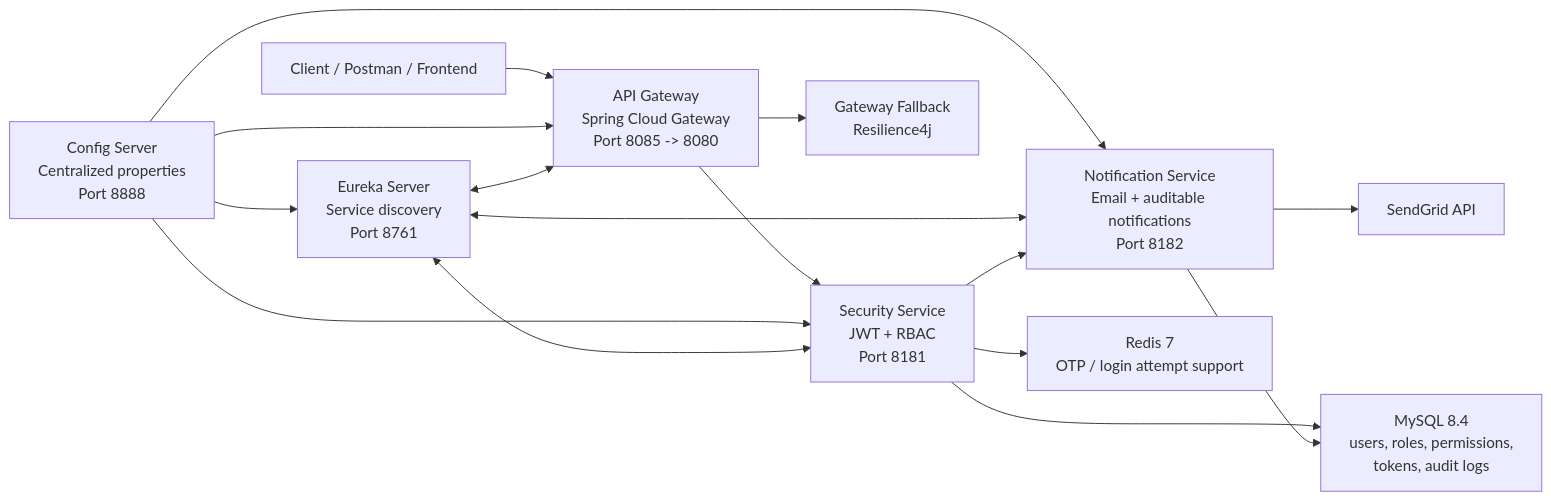
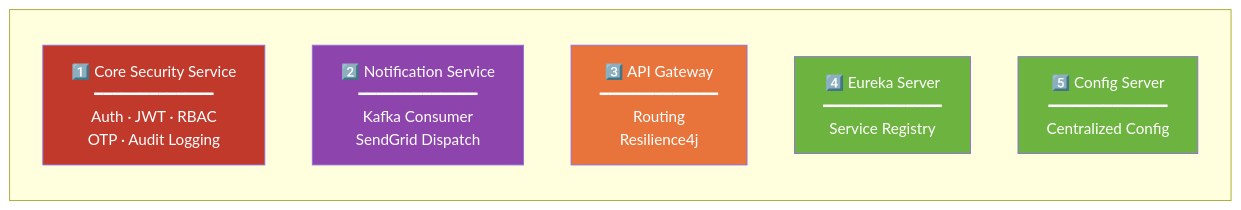
The fifth of 6 diagrams in README.md (amarenderreddyvoladri/production-prototype-security-template), drawn with Mermaid before and after one commit. The commit also changed other lines of this file, not shown here.

````diff
--- a/README.md
+++ b/README.md
@@ -42,21 +260,17 @@
 ```mermaid
-flowchart LR
-    Client["Client / Postman / Frontend"] --> Gateway["API Gateway<br/>Spring Cloud Gateway<br/>Port 8085 -> 8080"]
-    Gateway --> Security["Security Service<br/>JWT + RBAC<br/>Port 8181"]
-    Gateway --> Fallback["Gateway Fallback<br/>Resilience4j"]
+graph LR
+    subgraph " "
+        direction TB
+        S1["1️⃣ Core Security Service<br/>━━━━━━━━━━━━━<br/>Auth · JWT · RBAC<br/>OTP · Audit Logging"]
+        S2["2️⃣ Notification Service<br/>━━━━━━━━━━━━━<br/>Kafka Consumer<br/>SendGrid Dispatch"]
+        S3["3️⃣ API Gateway<br/>━━━━━━━━━━━━━<br/>Routing<br/>Resilience4j"]
+        S4["4️⃣ Eureka Server<br/>━━━━━━━━━━━━━<br/>Service Registry"]
+        S5["5️⃣ Config Server<br/>━━━━━━━━━━━━━<br/>Centralized Config"]
+    end
 
-    Config["Config Server<br/>Centralized properties<br/>Port 8888"] --> Gateway
-    Config --> Security
-    Config --> Notify["Notification Service<br/>Email + auditable notifications<br/>Port 8182"]
-    Config --> Eureka["Eureka Server<br/>Service discovery<br/>Port 8761"]
-
-    Eureka <--> Gateway
-    Eureka <--> Security
-    Eureka <--> Notify
-
-    Security --> MySQL["MySQL 8.4<br/>users, roles, permissions,<br/>tokens, audit logs"]
-    Notify --> MySQL
-    Security --> Redis["Redis 7<br/>OTP / login attempt support"]
-    Security --> Notify
-    Notify --> SendGrid["SendGrid API"]
+    style S1 fill:#C0392B,color:#fff
+    style S2 fill:#8E44AD,color:#fff
+    style S3 fill:#E8743B,color:#fff
+    style S4 fill:#6DB33F,color:#fff
+    style S5 fill:#6DB33F,color:#fff
 ```
````
